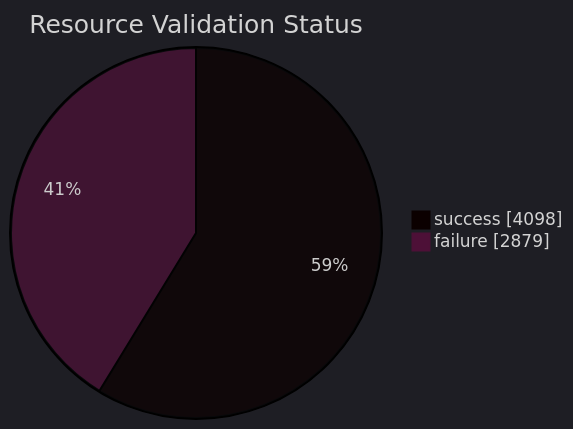
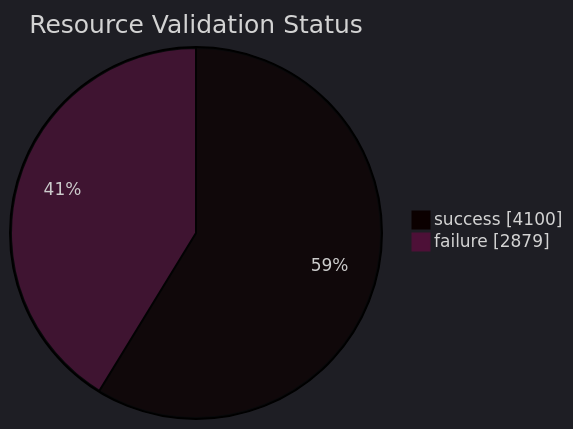
Before and after one commit to open-data/analytics-corporate-reporting: the diagram in datastore_tracker/resource_validation_status_pie_chart.md, drawn with Mermaid. The commit also changed 10 other files, not shown here.

````diff
--- a/datastore_tracker/resource_validation_status_pie_chart.md
+++ b/datastore_tracker/resource_validation_status_pie_chart.md
@@ -2,9 +2,9 @@
 ```mermaid
 ---
 config:
   theme: dark
 ---
 pie showData title Resource Validation Status
-    "success": 4098
+    "success": 4100
     "failure": 2879
 ```
````
